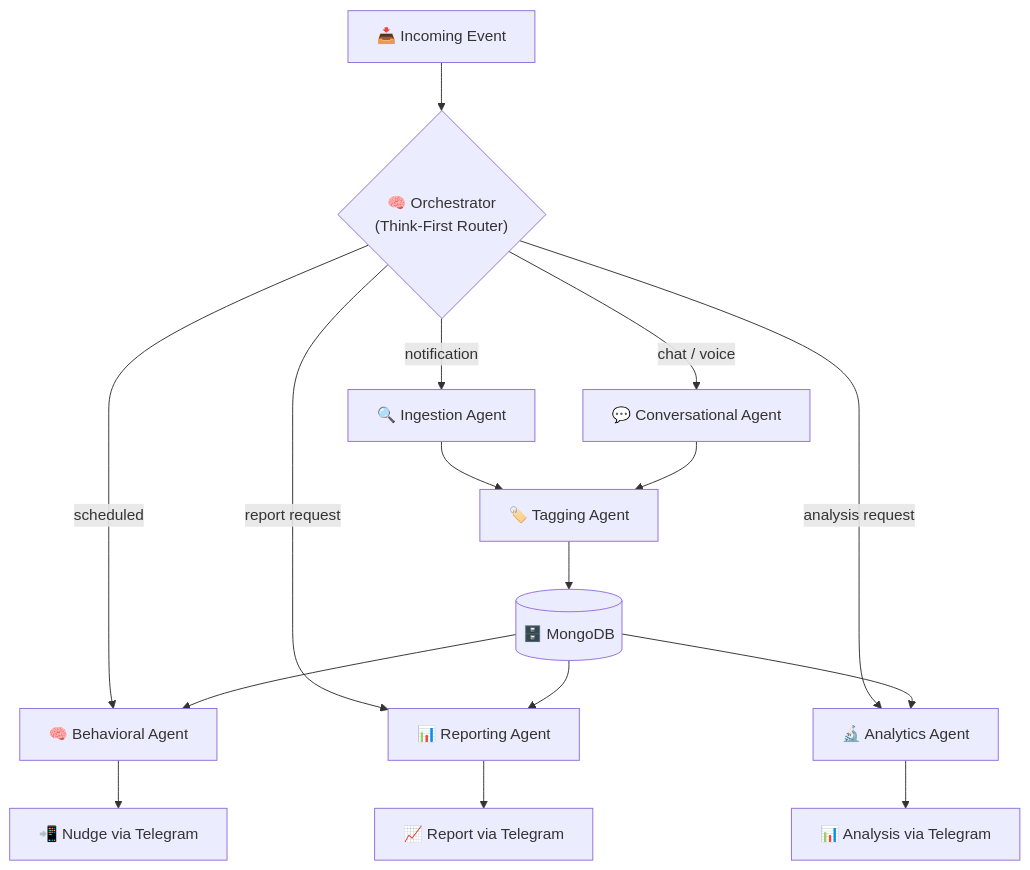
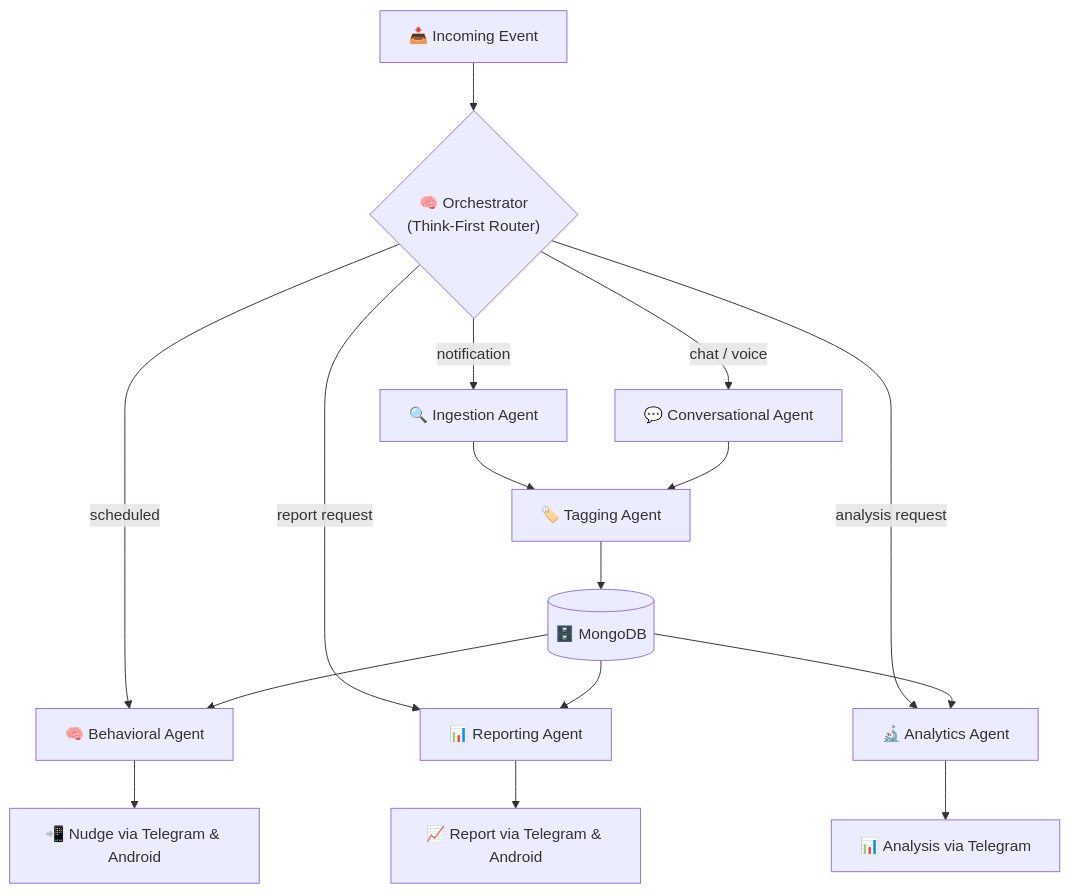
The first of 2 diagrams in docs/AGENTS.md (nqhuy44/chiwi), drawn with Mermaid before and after one commit. The commit also changed other lines of this file and 12 other files, not shown here.

````diff
--- a/docs/AGENTS.md
+++ b/docs/AGENTS.md
@@ -11,21 +11,21 @@
 ```mermaid
 flowchart TD
     INPUT["📥 Incoming Event"] --> ORCH{"🧠 Orchestrator<br/>(Think-First Router)"}
 
     ORCH -->|notification| IA["🔍 Ingestion Agent"]
     ORCH -->|chat / voice| CA["💬 Conversational Agent"]
     ORCH -->|scheduled| BA["🧠 Behavioral Agent"]
     ORCH -->|report request| RA["📊 Reporting Agent"]
     ORCH -->|analysis request| AA["🔬 Analytics Agent"]
 
     IA --> TA["🏷️ Tagging Agent"]
     CA --> TA
     TA --> DB[("🗄️ MongoDB")]
     DB --> BA
     DB --> RA
     DB --> AA
 
-    BA --> TG_NUDGE["📲 Nudge via Telegram"]
-    RA --> TG_REPORT["📈 Report via Telegram"]
+    BA --> TG_NUDGE["📲 Nudge via Telegram & Android"]
+    RA --> TG_REPORT["📈 Report via Telegram & Android"]
     AA --> TG_ANALYSIS["📊 Analysis via Telegram"]
 ```
````
